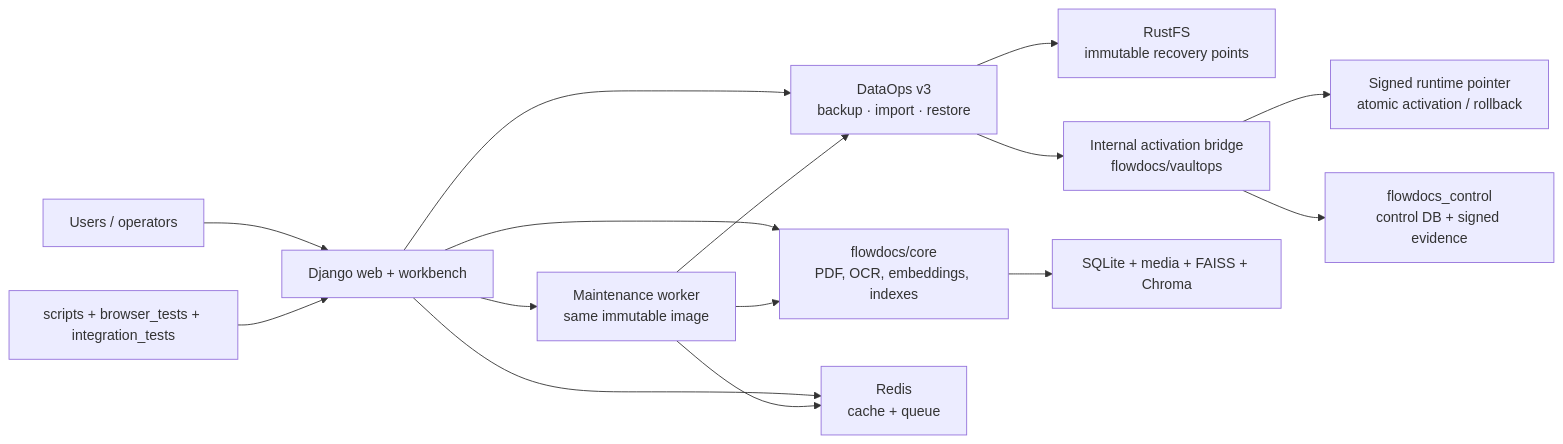
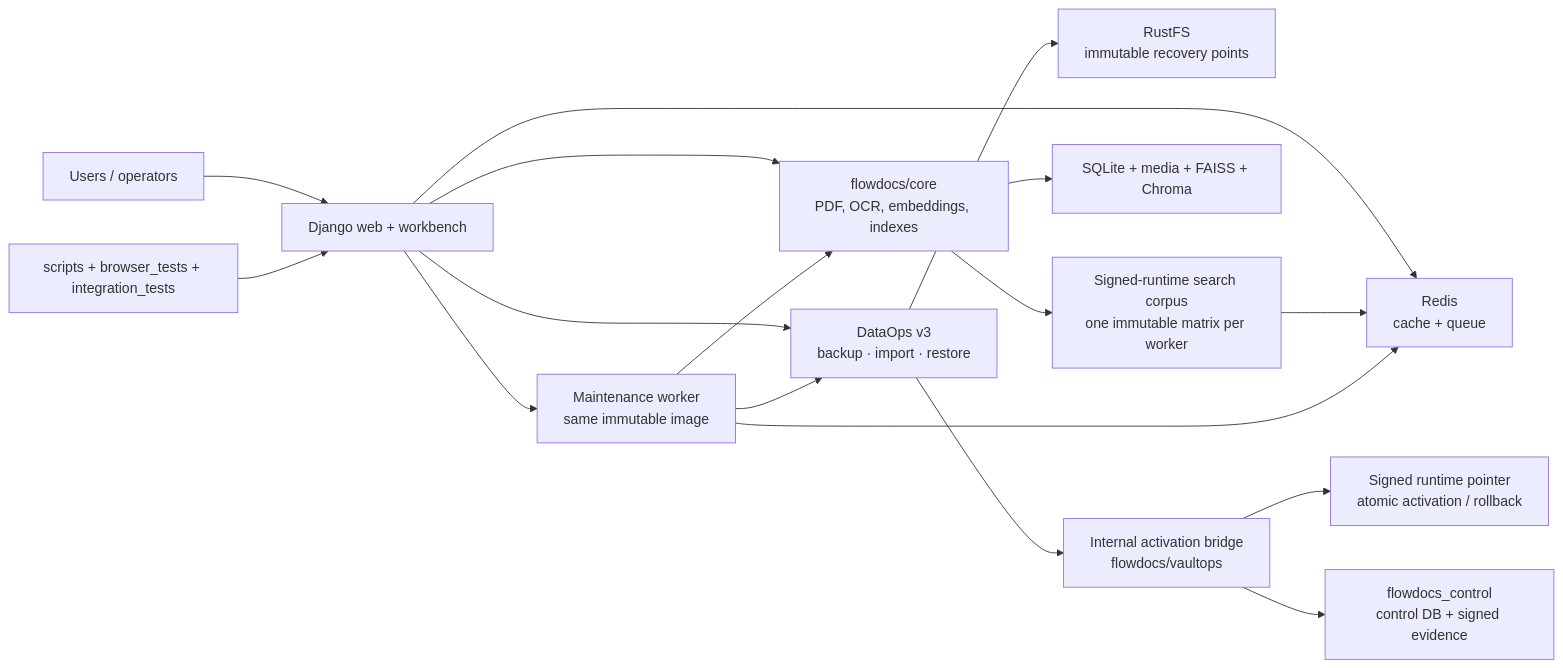
One commit to Nimble-esolutions/PdfSearch changed the diagram in README.md. Above: the diagram before and after it, drawn with Mermaid. The commit also changed other lines of this file and 16 other files, not shown here.

````diff
--- a/README.md
+++ b/README.md
@@ -156,17 +159,19 @@
 ```mermaid
 flowchart LR
   U["Users / operators"] --> W["Django web + workbench"]
   W --> M["Maintenance worker<br/>same immutable image"]
   W --> D["flowdocs/core<br/>PDF, OCR, embeddings, indexes"]
   M --> D
   W --> O["DataOps v3<br/>backup · import · restore"]
   M --> O
   O --> R["RustFS<br/>immutable recovery points"]
   O --> V["Internal activation bridge<br/>flowdocs/vaultops"]
   V --> P["Signed runtime pointer<br/>atomic activation / rollback"]
   D --> Q["SQLite + media + FAISS + Chroma"]
   V --> X["flowdocs_control<br/>control DB + signed evidence"]
   W --> C["Redis<br/>cache + queue"]
+  D --> H["Signed-runtime search corpus<br/>one immutable matrix per worker"]
+  H --> C
   M --> C
   T["scripts + browser_tests + integration_tests"] --> W
 ```
````
